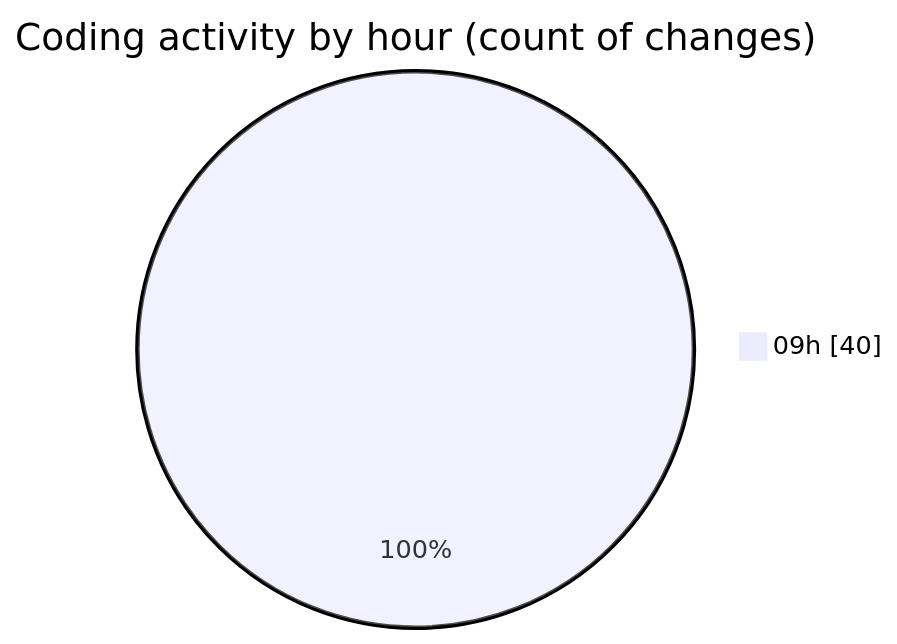
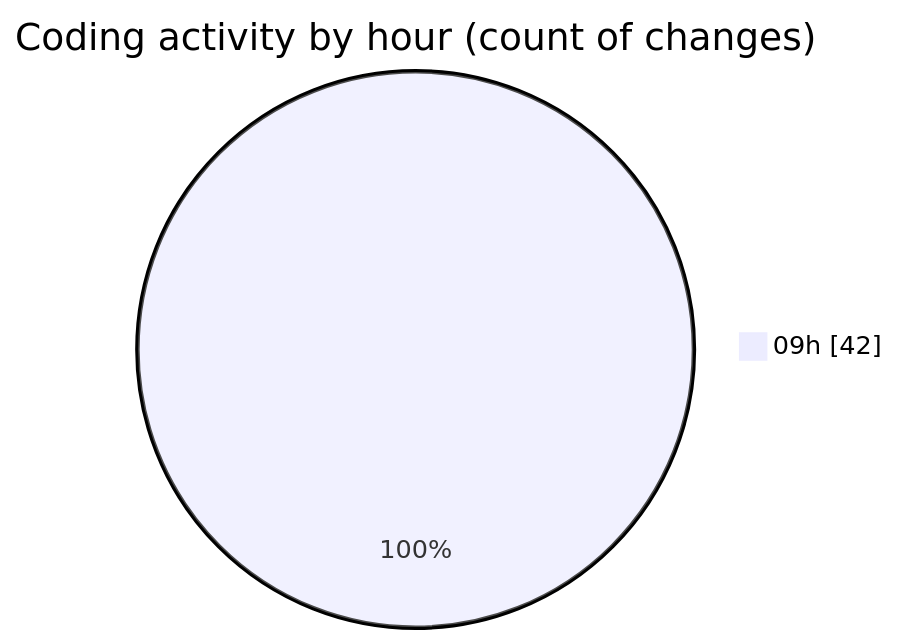
One commit to momahboobian/code-tracking changed the second of 2 diagrams in 2025-03-14/cda/README.md. Above: the diagram before and after it, drawn with Mermaid. The commit also changed other lines of this file and 1 other file, not shown here.

````diff
--- a/2025-03-14/cda/README.md
+++ b/2025-03-14/cda/README.md
@@ -37,5 +38,5 @@
 ```mermaid
 pie showData
 title Coding activity by hour (count of changes)
-"09h" : 40
+"09h" : 42
 ```
````
